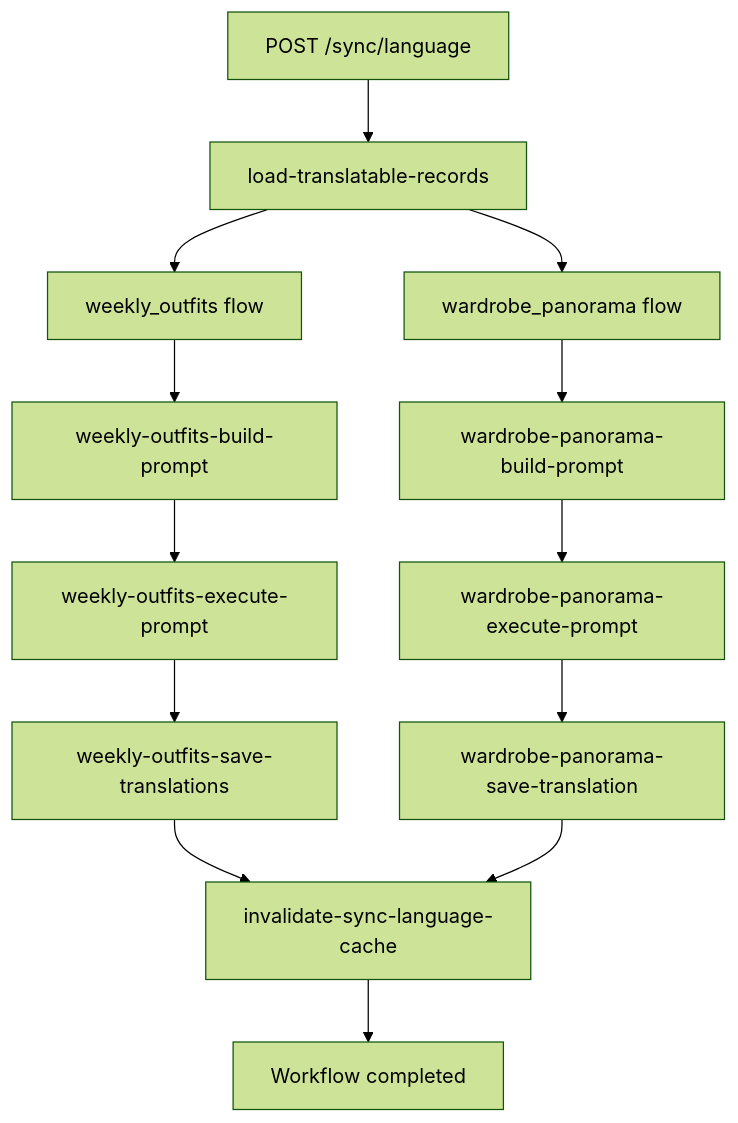
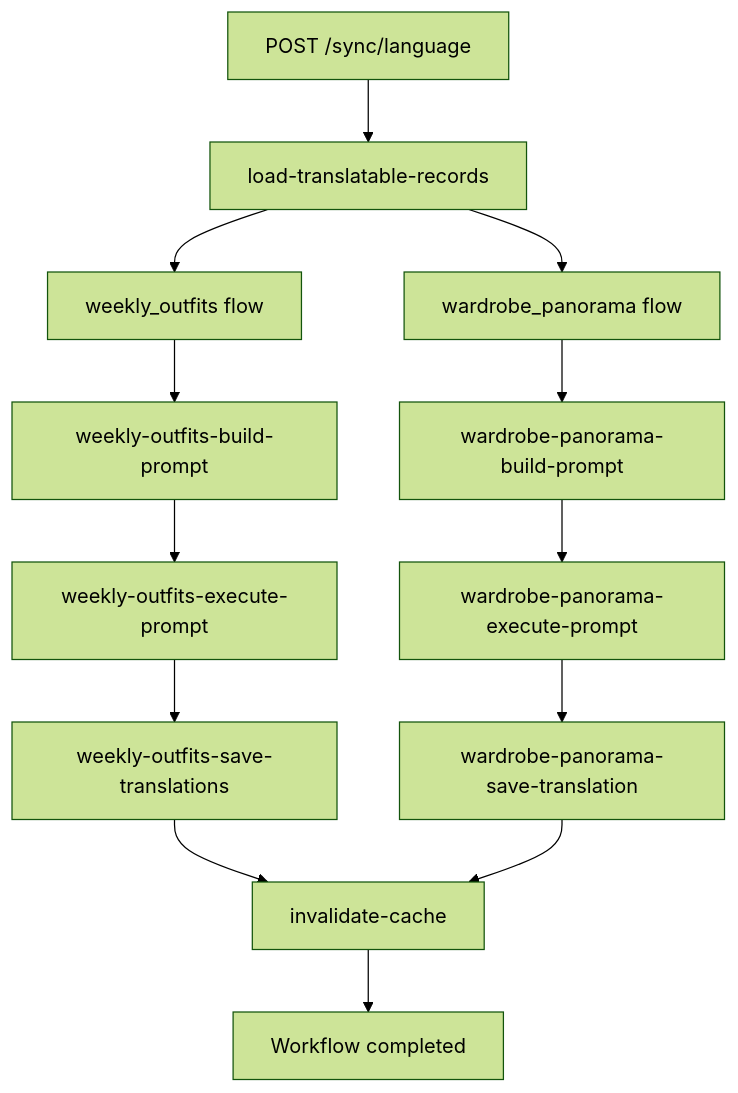
One commit to emmanuelviniciusdev/SkyDIIV--backstage changed the diagram in apps/worker-sync/docs/SYNC_LANGUAGE_WORKFLOW.md. Above: the diagram before and after it, drawn with Mermaid (forest theme). The commit also changed other lines of this file and 15 other files, not shown here.

Commit message:
refact: generic cache invalidation step + cache invalidation of weekly outfits and panorama fetching output (worker-sync -> sync-language)

````diff
--- a/apps/worker-sync/docs/SYNC_LANGUAGE_WORKFLOW.md
+++ b/apps/worker-sync/docs/SYNC_LANGUAGE_WORKFLOW.md
@@ -62,19 +62,19 @@
 ```mermaid
 flowchart TD
     START["POST /sync/language"] --> LOAD["load-translatable-records"]
 
     LOAD --> WO_FLOW["weekly_outfits flow"]
     WO_FLOW --> WO_BUILD["weekly-outfits-build-prompt"]
     WO_BUILD --> WO_EXEC["weekly-outfits-execute-prompt"]
     WO_EXEC --> WO_SAVE["weekly-outfits-save-translations"]
 
     LOAD --> WP_FLOW["wardrobe_panorama flow"]
     WP_FLOW --> WP_BUILD["wardrobe-panorama-build-prompt"]
     WP_BUILD --> WP_EXEC["wardrobe-panorama-execute-prompt"]
     WP_EXEC --> WP_SAVE["wardrobe-panorama-save-translation"]
 
-    WO_SAVE --> INVALIDATE["invalidate-sync-language-cache"]
+    WO_SAVE --> INVALIDATE["invalidate-cache"]
     WP_SAVE --> INVALIDATE
 
     INVALIDATE --> DONE["Workflow completed"]
 ```
````
